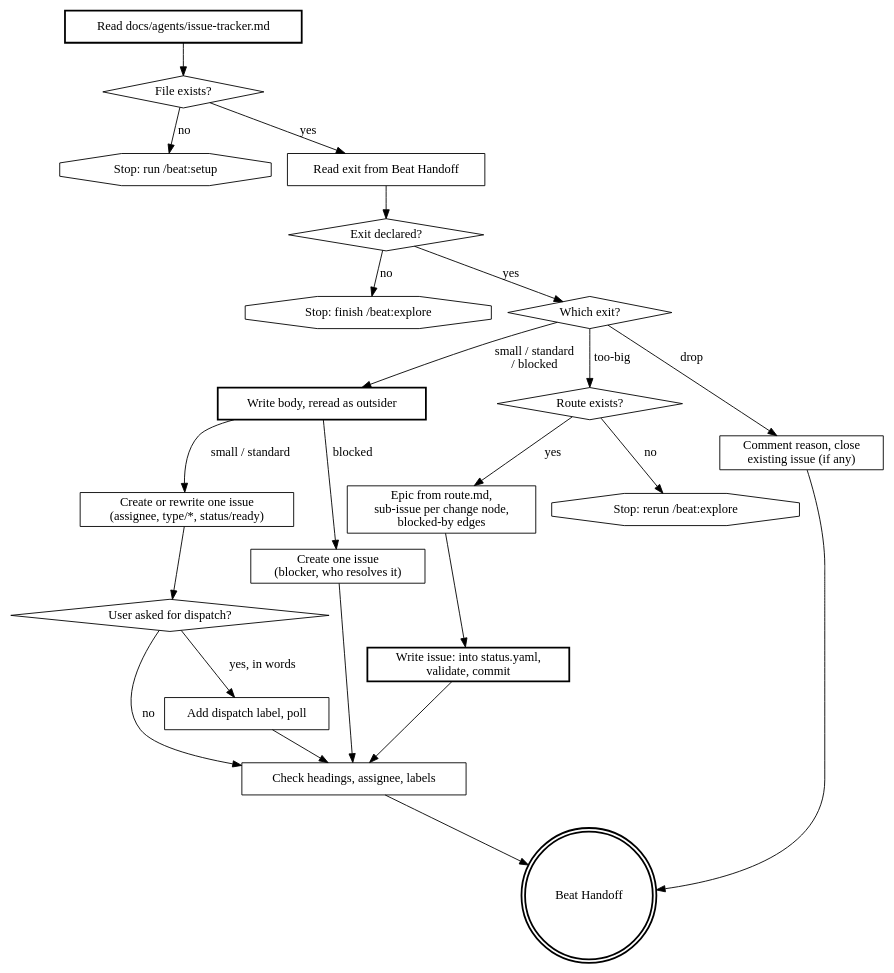
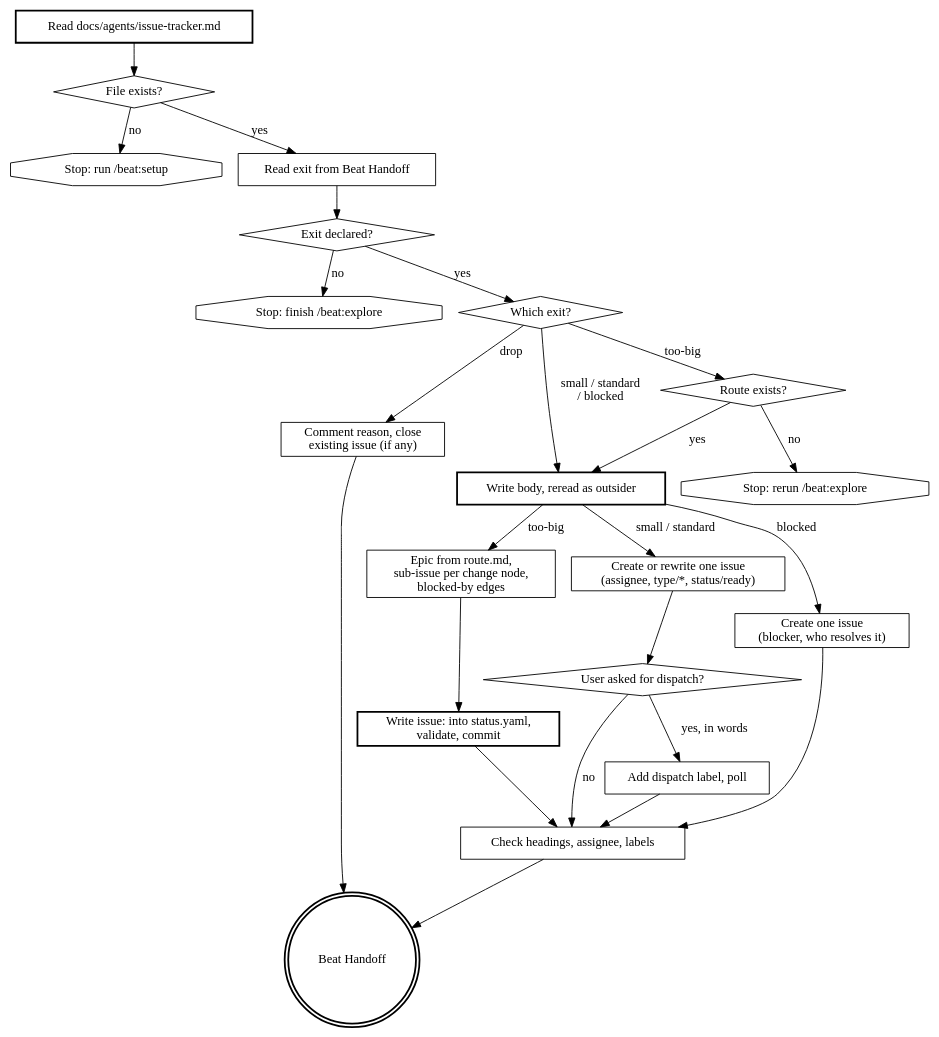
Before and after one commit to kirkchen/beat: the diagram in skills/to-issue/SKILL.md, drawn with Graphviz. The commit also changed other lines of this file and 1 other file, not shown here.

Commit message:
fix(to-issue): force yes/no in enforcement tests, keep Route line first on rewrite

````diff
--- a/skills/to-issue/SKILL.md
+++ b/skills/to-issue/SKILL.md
@@ -79,46 +79,47 @@
 ```dot
 digraph to_issue {
     "Read docs/agents/issue-tracker.md" [shape=box, style=bold];
     "File exists?" [shape=diamond];
     "Stop: run /beat:setup" [shape=octagon];
     "Read exit from Beat Handoff" [shape=box];
     "Exit declared?" [shape=diamond];
     "Stop: finish /beat:explore" [shape=octagon];
     "Which exit?" [shape=diamond];
     "Write body, reread as outsider" [shape=box, style=bold];
     "Create or rewrite one issue\n(assignee, type/*, status/ready)" [shape=box];
     "Create one issue\n(blocker, who resolves it)" [shape=box];
     "Comment reason, close\nexisting issue (if any)" [shape=box];
     "Route exists?" [shape=diamond];
     "Stop: rerun /beat:explore" [shape=octagon];
     "Epic from route.md,\nsub-issue per change node,\nblocked-by edges" [shape=box];
     "Write issue: into status.yaml,\nvalidate, commit" [shape=box, style=bold];
     "User asked for dispatch?" [shape=diamond];
     "Add dispatch label, poll" [shape=box];
     "Check headings, assignee, labels" [shape=box];
     "Beat Handoff" [shape=doublecircle, style=bold];
 
     "Read docs/agents/issue-tracker.md" -> "File exists?";
     "File exists?" -> "Stop: run /beat:setup" [label="no"];
     "File exists?" -> "Read exit from Beat Handoff" [label="yes"];
     "Read exit from Beat Handoff" -> "Exit declared?";
     "Exit declared?" -> "Stop: finish /beat:explore" [label="no"];
     "Exit declared?" -> "Which exit?" [label="yes"];
     "Which exit?" -> "Write body, reread as outsider" [label="small / standard\n/ blocked"];
     "Which exit?" -> "Comment reason, close\nexisting issue (if any)" [label="drop"];
     "Which exit?" -> "Route exists?" [label="too-big"];
     "Write body, reread as outsider" -> "Create or rewrite one issue\n(assignee, type/*, status/ready)" [label="small / standard"];
     "Write body, reread as outsider" -> "Create one issue\n(blocker, who resolves it)" [label="blocked"];
     "Route exists?" -> "Stop: rerun /beat:explore" [label="no"];
-    "Route exists?" -> "Epic from route.md,\nsub-issue per change node,\nblocked-by edges" [label="yes"];
+    "Route exists?" -> "Write body, reread as outsider" [label="yes"];
+    "Write body, reread as outsider" -> "Epic from route.md,\nsub-issue per change node,\nblocked-by edges" [label="too-big"];
     "Epic from route.md,\nsub-issue per change node,\nblocked-by edges" -> "Write issue: into status.yaml,\nvalidate, commit";
     "Create or rewrite one issue\n(assignee, type/*, status/ready)" -> "User asked for dispatch?";
     "User asked for dispatch?" -> "Add dispatch label, poll" [label="yes, in words"];
     "User asked for dispatch?" -> "Check headings, assignee, labels" [label="no"];
     "Add dispatch label, poll" -> "Check headings, assignee, labels";
     "Create one issue\n(blocker, who resolves it)" -> "Check headings, assignee, labels";
     "Write issue: into status.yaml,\nvalidate, commit" -> "Check headings, assignee, labels";
     "Comment reason, close\nexisting issue (if any)" -> "Beat Handoff";
     "Check headings, assignee, labels" -> "Beat Handoff";
 }
 ```
````
